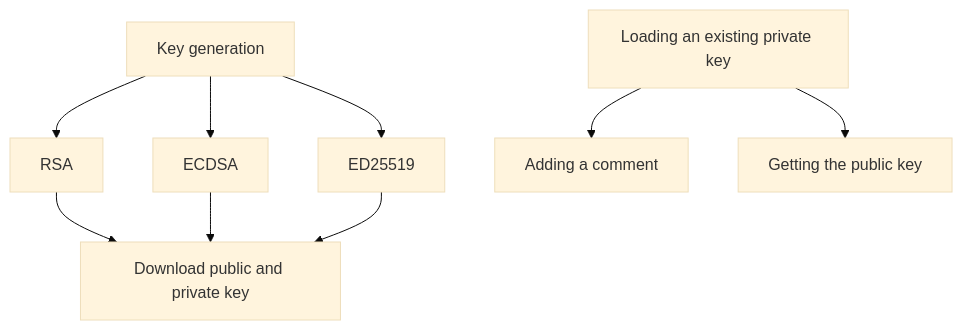
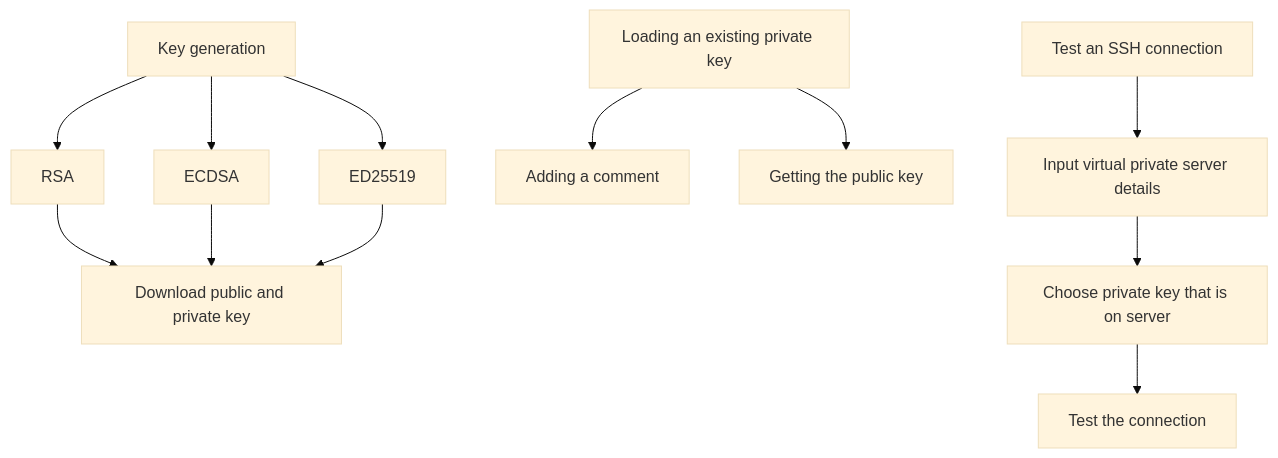
One commit to ayaans16/MacPuTTY changed the diagram in README.md. Above: the diagram before and after it, drawn with Mermaid (base theme). The commit also changed other lines of this file, not shown here.

````diff
--- a/README.md
+++ b/README.md
@@ -14,12 +14,16 @@
 ```mermaid
 flowchart TD
     A[Key generation] --> B[RSA]
     A --> C[ECDSA]
     A --> D[ED25519]
     B --> E[Download public and private key]
     C --> E
     D --> E
 
     F[Loading an existing private key] --> G[Adding a comment]
     F --> H[Getting the public key]
+
+    I[Test an SSH connection] --> J[Input virtual private server details]
+    J --> K[Choose private key that is on server]
+    K --> L[Test the connection]
 ```
````
